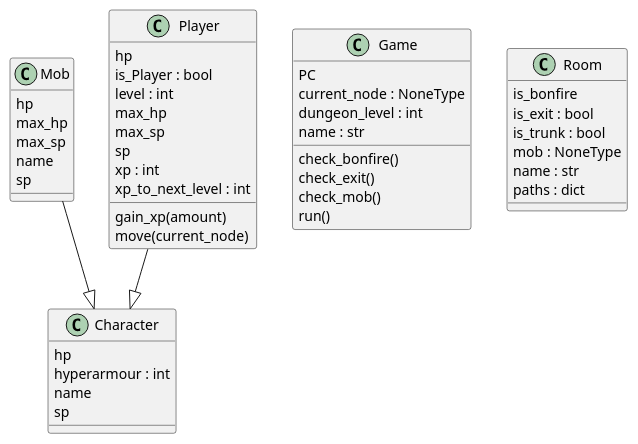
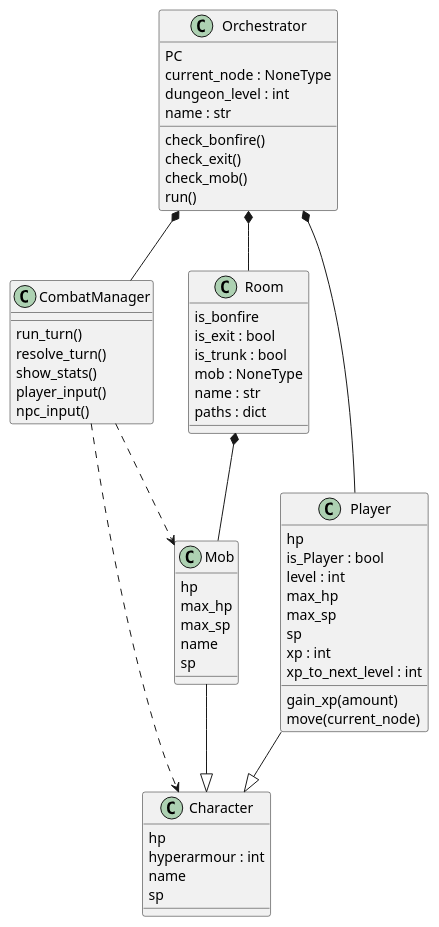
The diagram in classes.puml (GarrisonMoore/Dungeon_Crawler_pyth), drawn with PlantUML before and after one commit.

```diff
--- a/classes.puml
+++ b/classes.puml
@@ -1,48 +1,65 @@
 @startuml classes
 set namespaceSeparator none
 class "Character" as Dungeon_Crawler.Characters.Character {
   hp
   hyperarmour : int
   name
   sp
 }
-class "Game" as Dungeon_Crawler.orchestrator.Game {
+class "CombatManager" as Dungeon_Crawler.CombatManager.CombatManager {
+  run_turn()
+  resolve_turn()
+  show_stats()
+  player_input()
+  npc_input()
+}
+class "Orchestrator" as Dungeon_Crawler.Orchestrator.Orchestrator {
   PC
   current_node : NoneType
   dungeon_level : int
   name : str
   check_bonfire()
   check_exit()
   check_mob()
   run()
 }
 class "Mob" as Dungeon_Crawler.Characters.Mob {
   hp
   max_hp
   max_sp
   name
   sp
 }
 class "Player" as Dungeon_Crawler.Characters.Player {
   hp
   is_Player : bool
   level : int
   max_hp
   max_sp
   sp
   xp : int
   xp_to_next_level : int
   gain_xp(amount)
   move(current_node)
 }
 class "Room" as Dungeon_Crawler.dungeon.Room {
   is_bonfire
   is_exit : bool
   is_trunk : bool
   mob : NoneType
   name : str
   paths : dict
 }
 Dungeon_Crawler.Characters.Mob --|> Dungeon_Crawler.Characters.Character
 Dungeon_Crawler.Characters.Player --|> Dungeon_Crawler.Characters.Character
+
+Dungeon_Crawler.Orchestrator.Orchestrator *-- Dungeon_Crawler.CombatManager.CombatManager
+Dungeon_Crawler.Orchestrator.Orchestrator *-- Dungeon_Crawler.Characters.Player
+Dungeon_Crawler.Orchestrator.Orchestrator *-- Dungeon_Crawler.dungeon.Room
+Dungeon_Crawler.dungeon.Room *-- Dungeon_Crawler.Characters.Mob
+
+Dungeon_Crawler.CombatManager.CombatManager ..> Dungeon_Crawler.Characters.Character
+Dungeon_Crawler.CombatManager.CombatManager ..> Dungeon_Crawler.Characters.Mob
+
+
 @enduml
```
